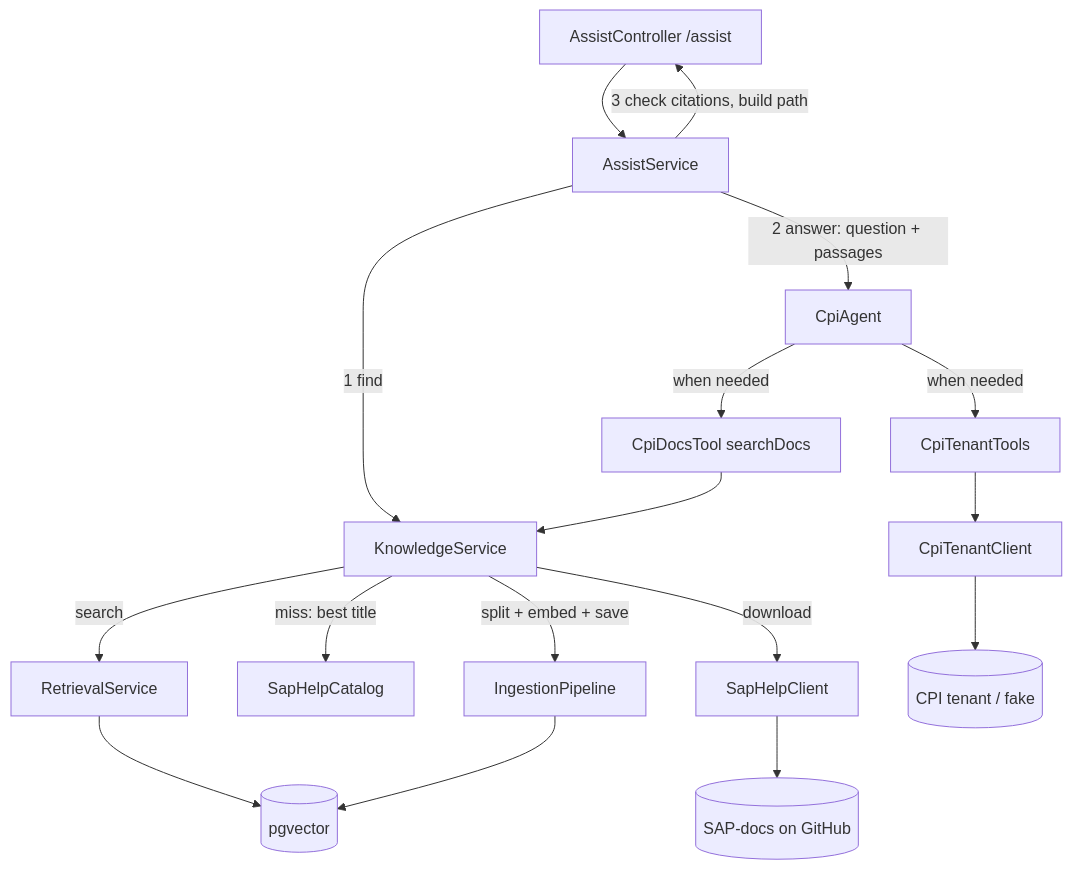
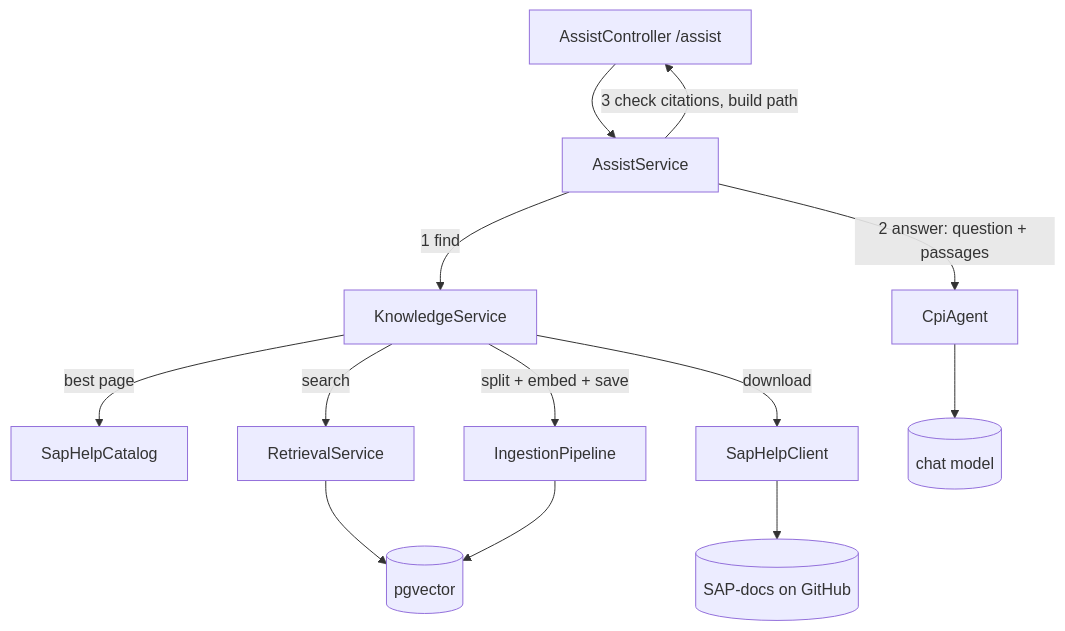
The diagram in docs/ARCHITECTURE.md (hhovhann/cpi-assistant), drawn with Mermaid before and after one commit. The commit also changed other lines of this file and 29 other files, not shown here.

First line of the commit message:
Step 20: simpler — the best page first, docs only, one model call

````diff
--- a/docs/ARCHITECTURE.md
+++ b/docs/ARCHITECTURE.md
@@ -33,13 +27,11 @@
 ```mermaid
 flowchart TB
     AC[AssistController /assist] --> AS[AssistService]
     AS -->|1 find| KS[KnowledgeService]
+    KS -->|best page| CAT[SapHelpCatalog]
     KS -->|search| RS[RetrievalService] --> ST[(pgvector)]
-    KS -->|miss: best title| CAT[SapHelpCatalog]
     KS -->|download| CL[SapHelpClient] --> GH[(SAP-docs on GitHub)]
     KS -->|split + embed + save| IP[IngestionPipeline] --> ST
-    AS -->|2 answer: question + passages| AG[CpiAgent]
-    AG -->|when needed| DT[CpiDocsTool searchDocs] --> KS
-    AG -->|when needed| TT[CpiTenantTools] --> TC[CpiTenantClient] --> TEN[(CPI tenant / fake)]
+    AS -->|2 answer: question + passages| AG[CpiAgent] --> LLM[(chat model)]
     AS -->|3 check citations, build path| AC
 ```
````
